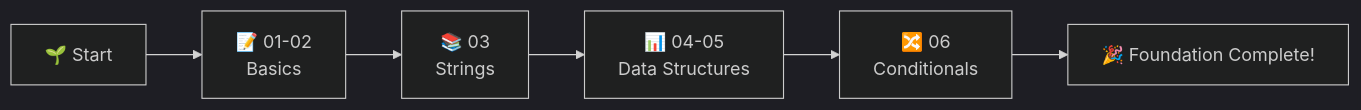
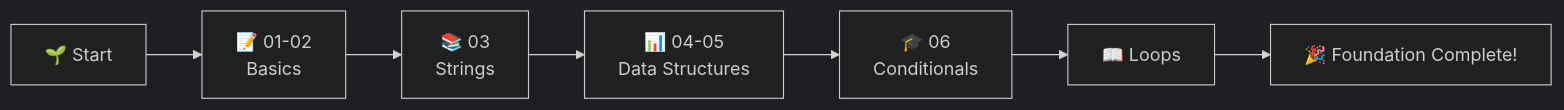
The diagram in readme.md (ranichandnirani/Complete-Python), drawn with Mermaid (dark theme) before and after one commit. The commit also changed other lines of this file and 2 other files, not shown here.

Commit message:
Starting loops

````diff
--- a/readme.md
+++ b/readme.md
@@ -172,8 +180,9 @@
 ```mermaid
 graph LR
     A[🌱 Start] --> B[📝 01-02<br/>Basics]
     B --> C[📚 03<br/>Strings]
     C --> D[📊 04-05<br/>Data Structures]
-    D --> E[🔀 06<br/>Conditionals]
-    E --> F[🎉 Foundation Complete!]
+    D --> E[🎓 06<br/>Conditionals]
+    E --> F[📖 Loops]
+    F --> G[🎉 Foundation Complete!]
 ```
````
